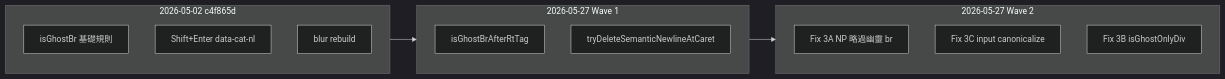
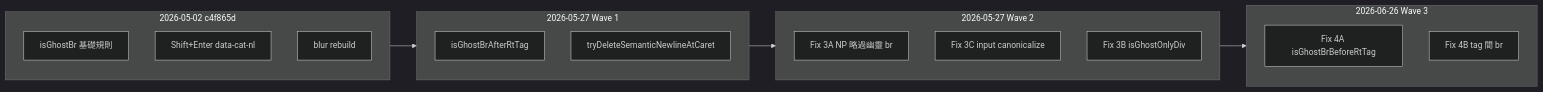
Before and after one commit to kratoswrathful-wy/talk-hanzi-joy: the first of 4 diagrams in docs/CAT_TARGET_NEWLINE_EDIT_NP_PLAN.md, drawn with Mermaid (dark theme). The commit also changed other lines of this file and 2 other files, not shown here.

Commit message:
docs(cat): Wave 3 P3 tag 前刪字幽靈 br 實作紀錄 (bedb855)

````diff
--- a/docs/CAT_TARGET_NEWLINE_EDIT_NP_PLAN.md
+++ b/docs/CAT_TARGET_NEWLINE_EDIT_NP_PLAN.md
@@ -21,18 +23,22 @@
 ```mermaid
 flowchart LR
     subgraph base ["2026-05-02 c4f865d"]
         A1["isGhostBr 基礎規則"]
         A2["Shift+Enter data-cat-nl"]
         A3["blur rebuild"]
     end
     subgraph w1 ["2026-05-27 Wave 1"]
         B1["isGhostBrAfterRtTag"]
         B2["tryDeleteSemanticNewlineAtCaret"]
     end
     subgraph w2 ["2026-05-27 Wave 2"]
         C1["Fix 3A NP 略過幽靈 br"]
         C2["Fix 3C input canonicalize"]
         C3["Fix 3B isGhostOnlyDiv"]
     end
-    base --> w1 --> w2
+    subgraph w3 ["2026-06-26 Wave 3"]
+        D1["Fix 4A isGhostBrBeforeRtTag"]
+        D2["Fix 4B tag 間 br"]
+    end
+    base --> w1 --> w2 --> w3
 ```
````
